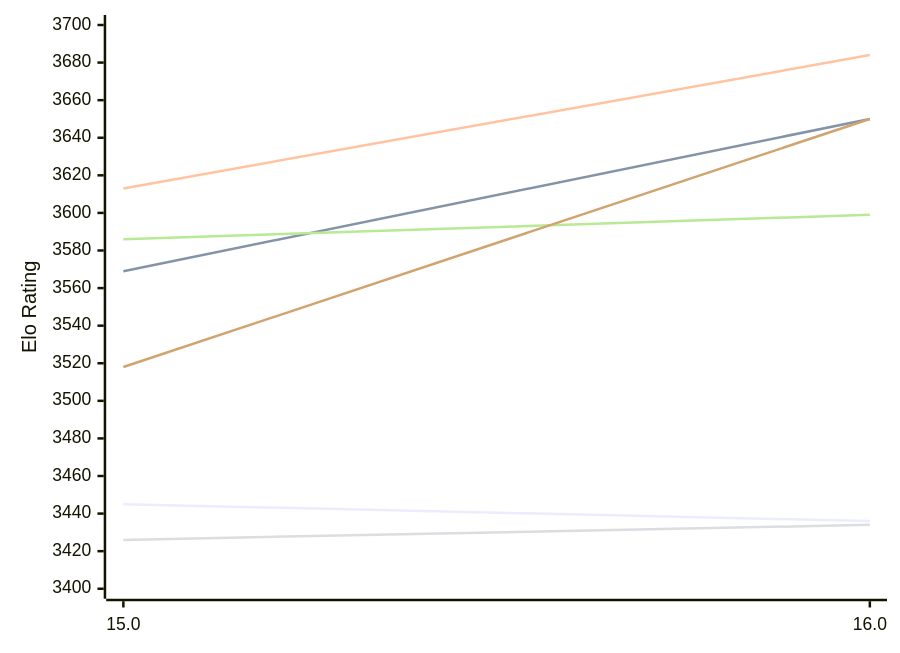
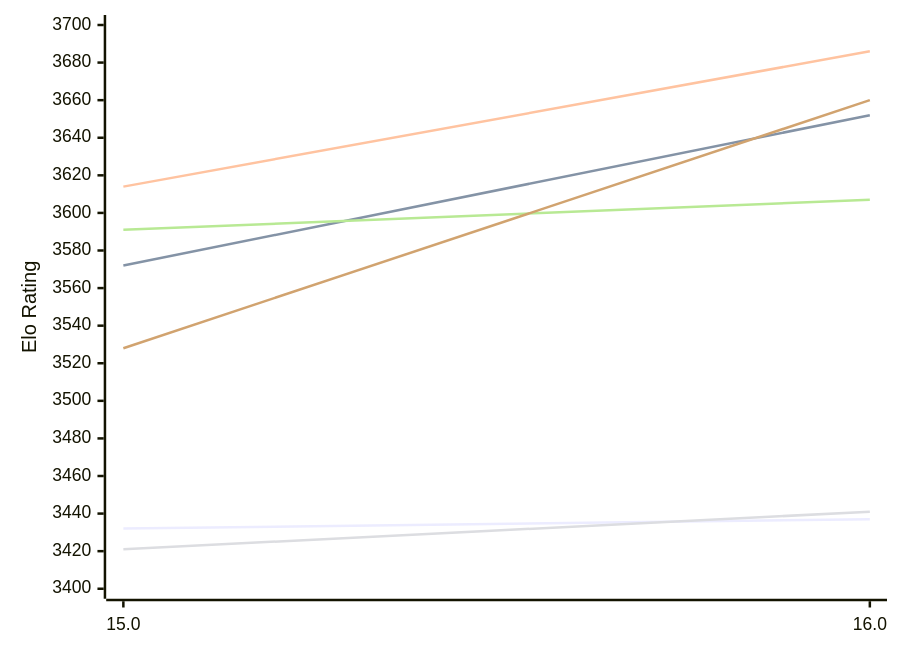
Before and after one commit to computer-chess-index/cci: the first of 2 diagrams in engines/Obsidian.md, drawn with Mermaid. The commit also changed other lines of this file, not shown here.

Commit message:
Update CCI Ratings (ELO VLTC) - 2026-11-25

````diff
--- a/engines/Obsidian.md
+++ b/engines/Obsidian.md
@@ -52,12 +52,12 @@
 ```mermaid
 %%{init: {"theme":"base","themeVariables":{"seriesColors:['#a3a3a3','#222221','#faa371']}}}%%
 xychart-beta
   x-axis ["15.0", "16.0"]
   y-axis "Elo Rating" 3400 --> 3700
-  line "E1: STC (8.0+0.08s)" [3445, 3436]
-  line "E1: LTC (60.0+0.60s)" [3569, 3650]
-  line "E1: VLTC (2m24s+1.12s)" [3613, 3684]
-  line "P1: STC (8.0+0.08s)" [3426, 3434]
-  line "P1: LTC (60.0+0.60s)" [3586, 3599]
-  line "P1: VLTC (2m24s+1.12s)" [3518, 3650]
+  line "E1: STC (8.0+0.08s)" [3432, 3437]
+  line "E1: LTC (60.0+0.60s)" [3572, 3652]
+  line "E1: VLTC (2m24s+1.12s)" [3614, 3686]
+  line "P1: STC (8.0+0.08s)" [3421, 3441]
+  line "P1: LTC (60.0+0.60s)" [3591, 3607]
+  line "P1: VLTC (2m24s+1.12s)" [3528, 3660]
 ```
````
